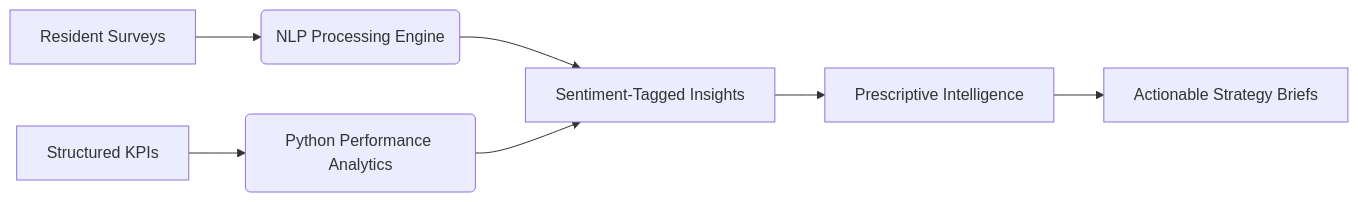
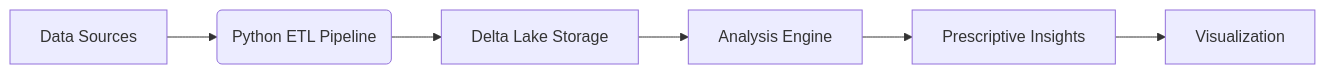
The diagram in README.md (wenholma/github_kpi-quantum), drawn with Mermaid before and after one commit. The commit also changed other lines of this file, not shown here.

````diff
--- a/README.md
+++ b/README.md
@@ -2404,9 +27,8 @@
 ```mermaid
 graph LR
-A[Resident Surveys] --> B(NLP Processing Engine)
-C[Structured KPIs] --> D(Python Performance Analytics)
-B --> E[Sentiment-Tagged Insights]
-D --> E
-E --> F[Prescriptive Intelligence]
-F --> G[Actionable Strategy Briefs]
+A[Data Sources] --> B(Python ETL Pipeline)
+B --> C[Delta Lake Storage]
+C --> D[Analysis Engine]
+D --> E[Prescriptive Insights]
+E --> F[Visualization]
 ```
````
